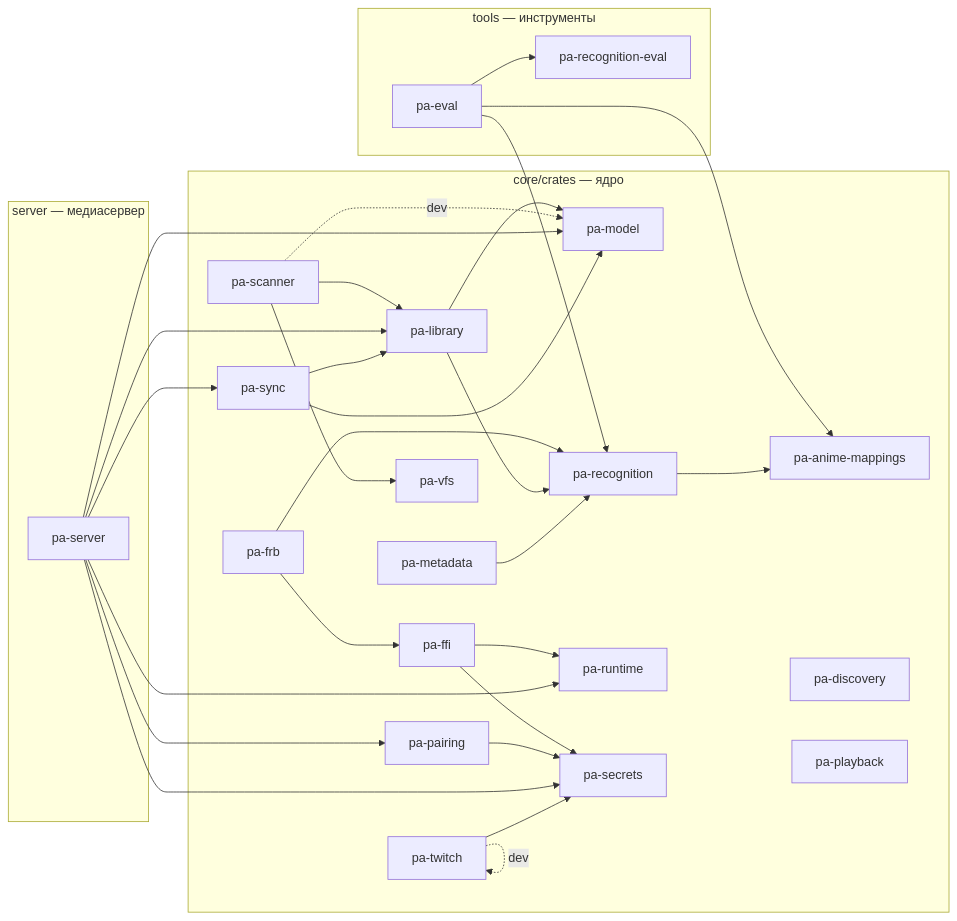
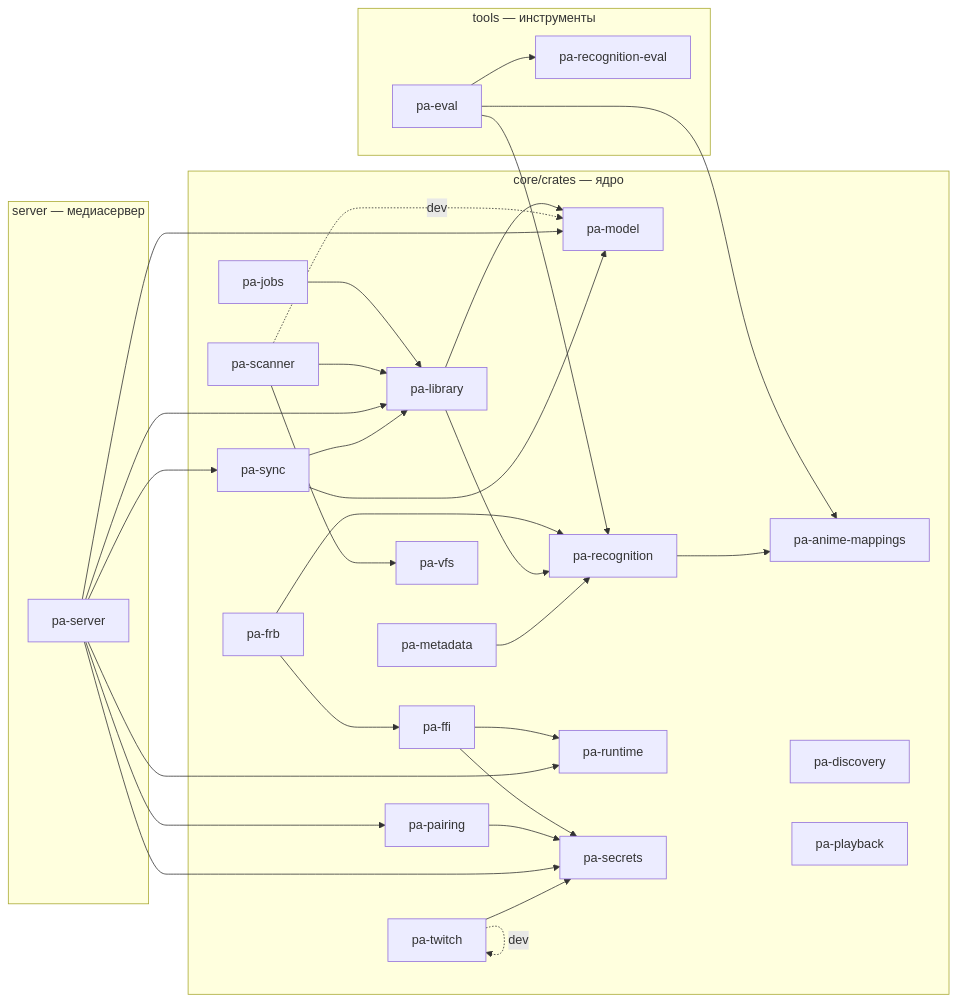
Before and after one commit to DenisHumen/project_alpha: the diagram in docs/dev/crate-graph.md, drawn with Mermaid. The commit also changed other lines of this file, not shown here.

Commit message:
docs(dev): regenerate crate graph with pa-jobs [CORE-011]

````diff
--- a/docs/dev/crate-graph.md
+++ b/docs/dev/crate-graph.md
@@ -12,53 +12,55 @@
 ```mermaid
 flowchart LR
   subgraph g0["core/crates — ядро"]
     pa_anime_mappings["pa-anime-mappings"]
     pa_discovery["pa-discovery"]
     pa_ffi["pa-ffi"]
     pa_frb["pa-frb"]
+    pa_jobs["pa-jobs"]
     pa_library["pa-library"]
     pa_metadata["pa-metadata"]
     pa_model["pa-model"]
     pa_pairing["pa-pairing"]
     pa_playback["pa-playback"]
     pa_recognition["pa-recognition"]
     pa_runtime["pa-runtime"]
     pa_scanner["pa-scanner"]
     pa_secrets["pa-secrets"]
     pa_sync["pa-sync"]
     pa_twitch["pa-twitch"]
     pa_vfs["pa-vfs"]
   end
   subgraph g1["server — медиасервер"]
     pa_server["pa-server"]
   end
   subgraph g2["tools — инструменты"]
     pa_eval["pa-eval"]
     pa_recognition_eval["pa-recognition-eval"]
   end
   pa_eval --> pa_anime_mappings
   pa_eval --> pa_recognition
   pa_eval --> pa_recognition_eval
   pa_ffi --> pa_runtime
   pa_ffi --> pa_secrets
   pa_frb --> pa_ffi
   pa_frb --> pa_recognition
+  pa_jobs --> pa_library
   pa_library --> pa_model
   pa_library --> pa_recognition
   pa_metadata --> pa_recognition
   pa_pairing --> pa_secrets
   pa_recognition --> pa_anime_mappings
   pa_scanner --> pa_library
   pa_scanner -. dev .-> pa_model
   pa_scanner --> pa_vfs
   pa_server --> pa_library
   pa_server --> pa_model
   pa_server --> pa_pairing
   pa_server --> pa_runtime
   pa_server --> pa_secrets
   pa_server --> pa_sync
   pa_sync --> pa_library
   pa_sync --> pa_model
   pa_twitch --> pa_secrets
   pa_twitch -. dev .-> pa_twitch
 ```
````
